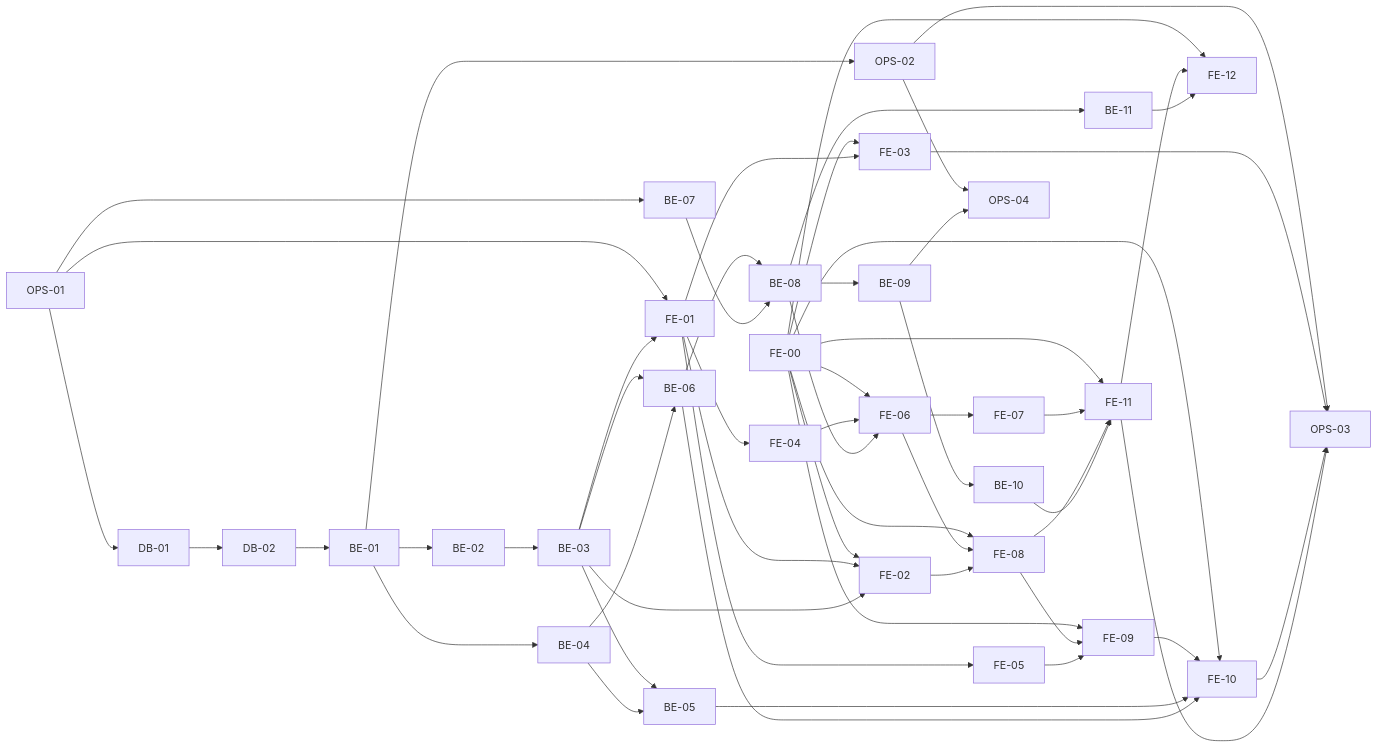
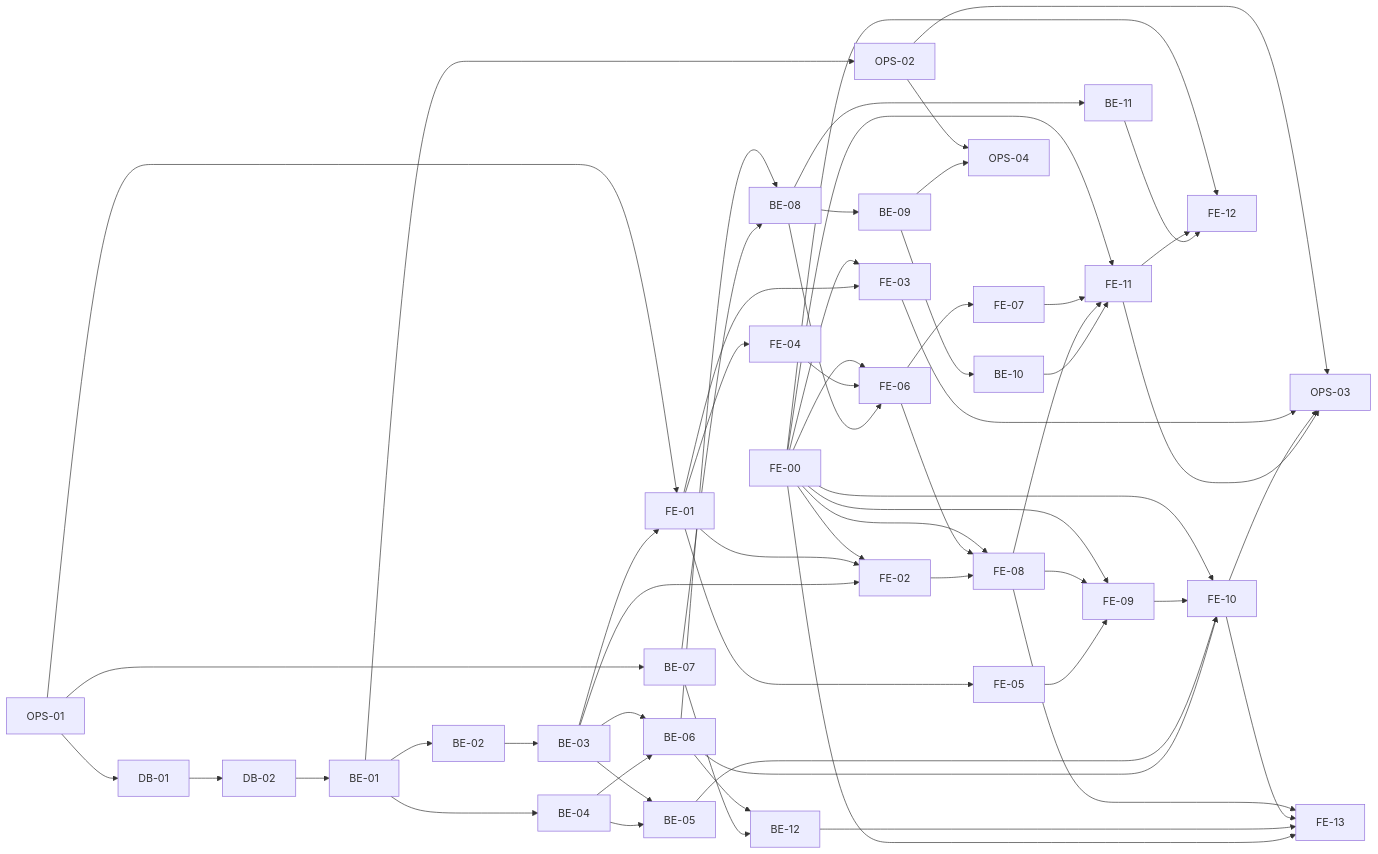
One commit to hyunboee/drop_app changed the diagram in docs/8-plan.md. Above: the diagram before and after it, drawn with Mermaid. The commit also changed other lines of this file and 7 other files, not shown here.

````diff
--- a/docs/8-plan.md
+++ b/docs/8-plan.md
@@ -57,54 +58,60 @@
 ```mermaid
 flowchart LR
   OPS01["OPS-01"] --> DB01["DB-01"] --> DB02["DB-02"] --> BE01["BE-01"]
   BE01 --> BE02["BE-02"] --> BE03["BE-03"]
   BE01 --> BE04["BE-04"]
   OPS01 --> BE07["BE-07"]
   BE03 --> BE05["BE-05"]
   BE04 --> BE05
   BE03 --> BE06["BE-06"]
   BE04 --> BE06
   BE06 --> BE08["BE-08"]
   BE07 --> BE08
   BE08 --> BE09["BE-09"] --> BE10["BE-10"]
   BE08 --> BE11["BE-11"]
+  BE06 --> BE12["BE-12"]
+  BE07 --> BE12
   BE01 --> OPS02["OPS-02"]
 
   FE00["FE-00"] --> FE02
   FE00 --> FE03
   FE00 --> FE06
   FE00 --> FE08
   FE00 --> FE09
   FE00 --> FE10
   FE00 --> FE11
   FE00 --> FE12
   OPS01 --> FE01["FE-01"]
   BE03 --> FE01
   FE01 --> FE02["FE-02"]
   BE03 --> FE02
   FE01 --> FE03["FE-03"]
   FE01 --> FE04["FE-04"]
   FE01 --> FE05["FE-05"]
   FE04 --> FE06["FE-06"]
   BE08 --> FE06
   FE06 --> FE07["FE-07"]
   FE06 --> FE08["FE-08"]
   FE02 --> FE08
   FE08 --> FE09["FE-09"]
   FE05 --> FE09
   FE09 --> FE10["FE-10"]
   BE05 --> FE10
   BE06 --> FE10
   FE07 --> FE11["FE-11"]
   FE08 --> FE11
   BE10 --> FE11
   FE11 --> FE12["FE-12"]
   BE11 --> FE12
+  FE08 --> FE13["FE-13"]
+  FE10 --> FE13
+  BE12 --> FE13
+  FE00 --> FE13
 
   OPS02 --> OPS03["OPS-03"]
   FE03 --> OPS03
   FE10 --> OPS03
   FE11 --> OPS03
   OPS02 --> OPS04["OPS-04"]
   BE09 --> OPS04
 ```
````
